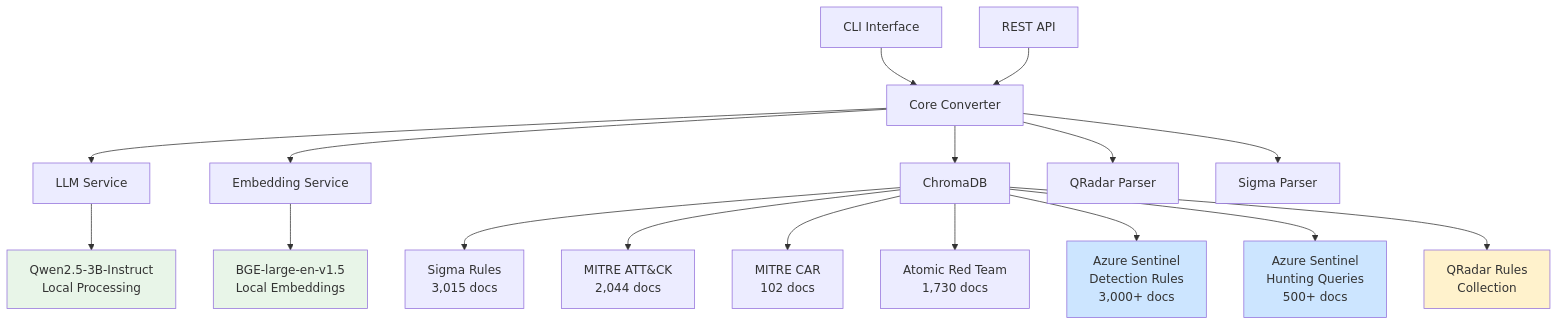
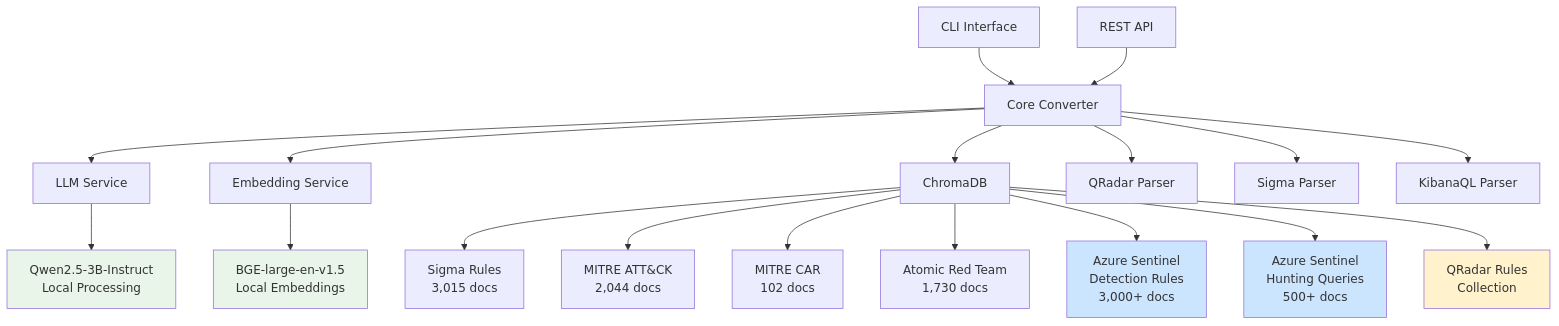
Before and after one commit to dierhq/canonical: the diagram in README.md, drawn with Mermaid. The commit also changed other lines of this file and 8 other files, not shown here.

````diff
--- a/README.md
+++ b/README.md
@@ -240,27 +357,28 @@
 ```mermaid
 graph TB
     A[CLI Interface] --> B[Core Converter]
     C[REST API] --> B
     B --> D[LLM Service]
     B --> E[Embedding Service]
     B --> F[ChromaDB]
     B --> N[QRadar Parser]
     B --> O[Sigma Parser]
+    B --> KP[KibanaQL Parser]
     
     F --> G[Sigma Rules<br/>3,015 docs]
     F --> H[MITRE ATT&CK<br/>2,044 docs]
     F --> I[MITRE CAR<br/>102 docs]
     F --> J[Atomic Red Team<br/>1,730 docs]
     F --> P[Azure Sentinel<br/>Detection Rules<br/>3,000+ docs]
     F --> Q[Azure Sentinel<br/>Hunting Queries<br/>500+ docs]
     F --> R[QRadar Rules<br/>Collection]
     
     D --> K[Qwen2.5-3B-Instruct<br/>Local Processing]
     E --> L[BGE-large-en-v1.5<br/>Local Embeddings]
     
     style K fill:#e8f5e8
     style L fill:#e8f5e8
     style P fill:#cce5ff
     style Q fill:#cce5ff
     style R fill:#fff2cc
 ```
````
